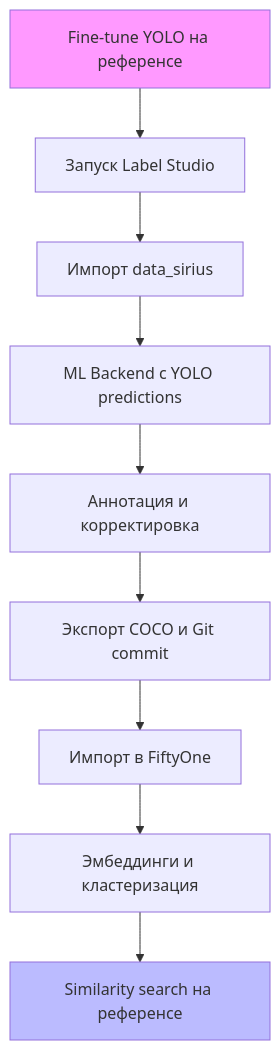
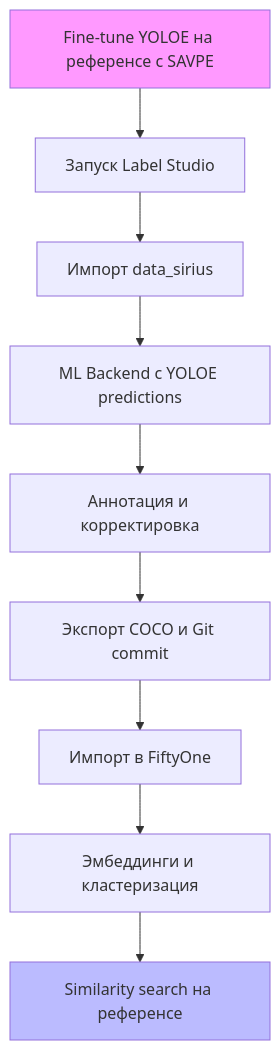
Before and after one commit to medphisiker/tbank_logo_detector: the diagram in docs/label_studio_fiftyone_pipeline.md, drawn with Mermaid. The commit also changed other lines of this file, not shown here.

````diff
--- a/docs/label_studio_fiftyone_pipeline.md
+++ b/docs/label_studio_fiftyone_pipeline.md
@@ -31,13 +31,13 @@
 ```mermaid
 graph TD
-    A[Fine-tune YOLO на референсе] --> B[Запуск Label Studio]
+    A[Fine-tune YOLOE на референсе с SAVPE] --> B[Запуск Label Studio]
     B --> C[Импорт data_sirius]
-    C --> D[ML Backend с YOLO predictions]
+    C --> D[ML Backend с YOLOE predictions]
     D --> E[Аннотация и корректировка]
     E --> F[Экспорт COCO и Git commit]
     F --> G[Импорт в FiftyOne]
     G --> H[Эмбеддинги и кластеризация]
     H --> I[Similarity search на референсе]
     style A fill:#f9f
     style I fill:#bbf
 ```
````
